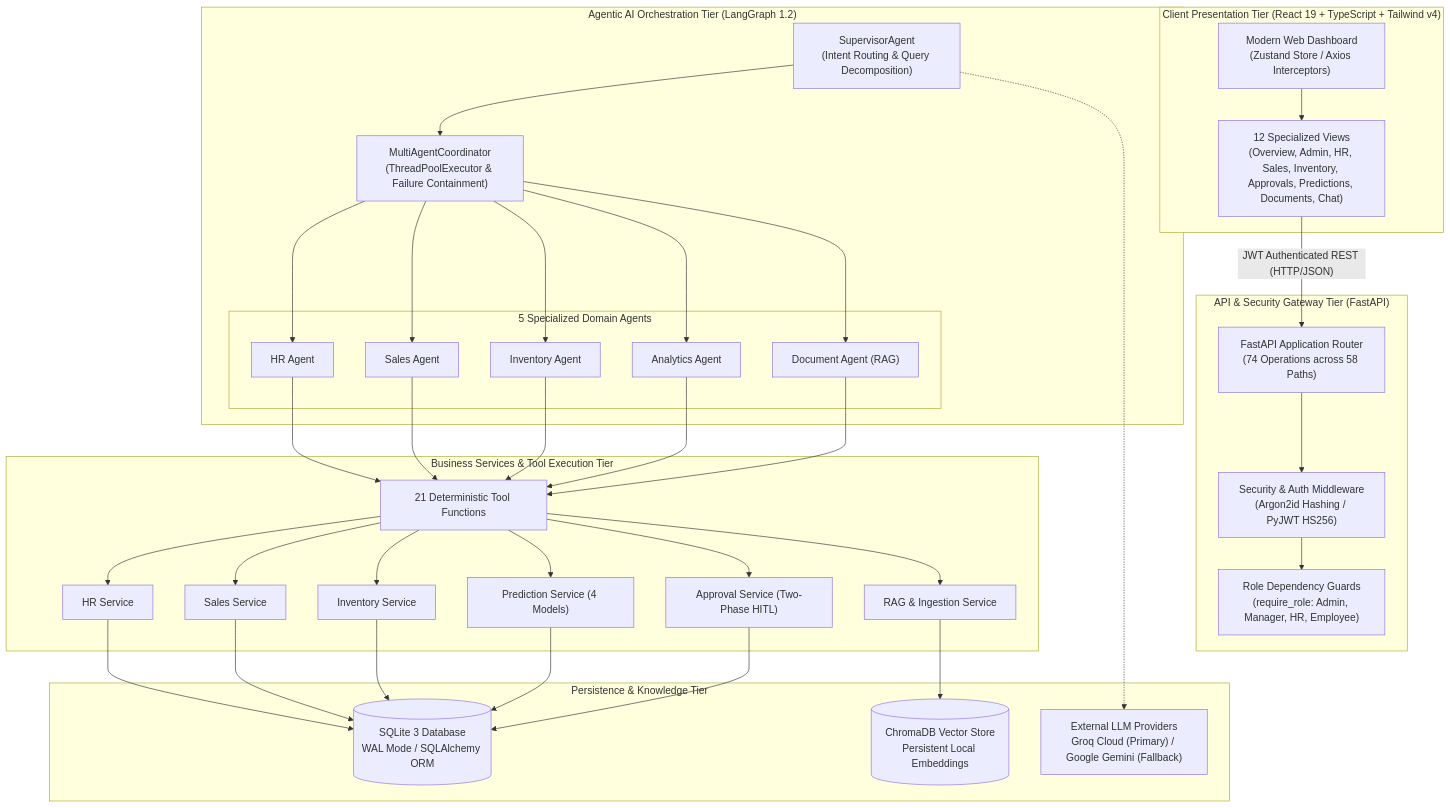
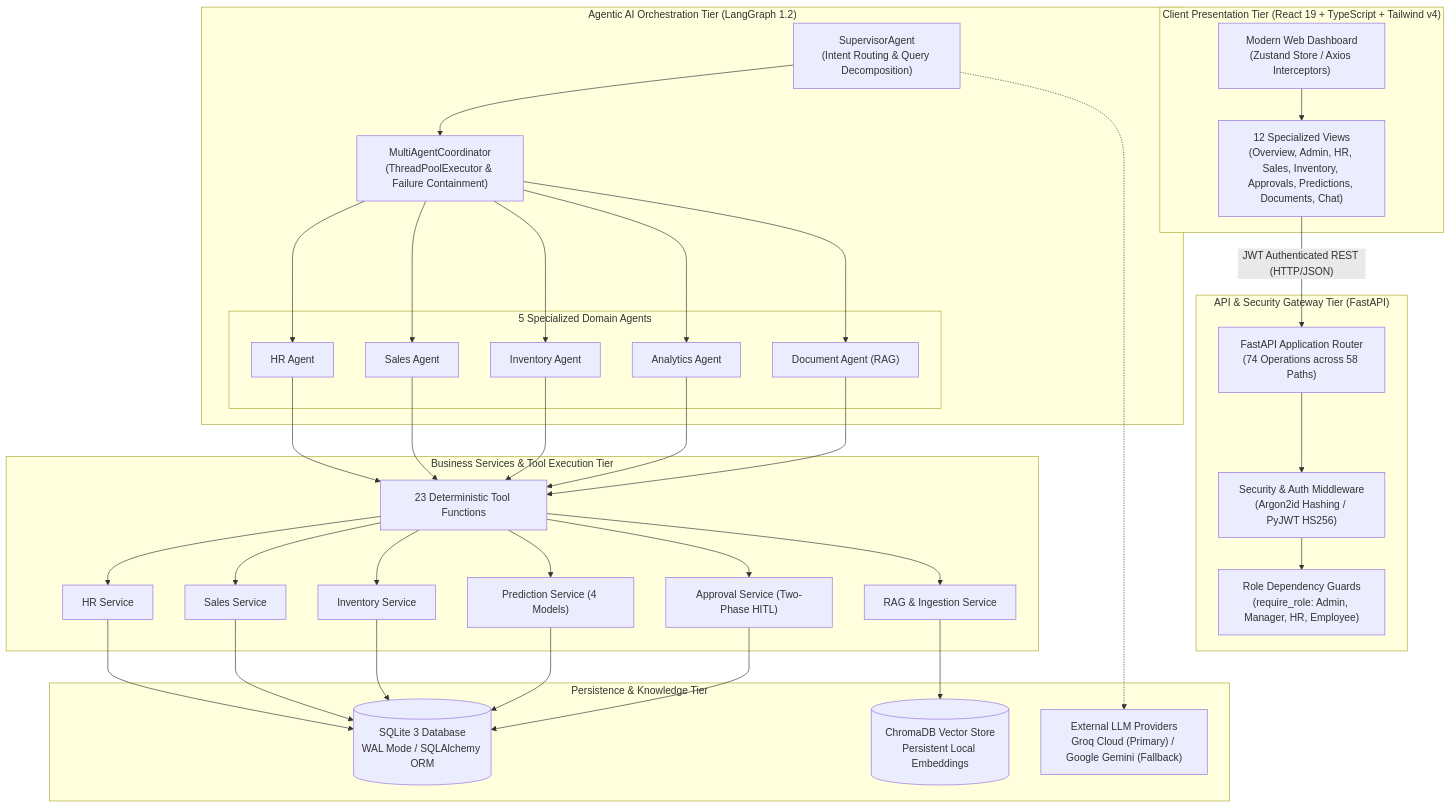
Before and after one commit to Devashree-b-s/agentic-ai-enterprise-automation: the first of 2 diagrams in README.md, drawn with Mermaid. The commit also changed other lines of this file and 41 other files, not shown here.

````diff
--- a/README.md
+++ b/README.md
@@ -103,56 +103,56 @@
 ```mermaid
 flowchart TD
     subgraph ClientTier["Client Presentation Tier (React 19 + TypeScript + Tailwind v4)"]
         UI["Modern Web Dashboard\n(Zustand Store / Axios Interceptors)"]
         Pages["12 Specialized Views\n(Overview, Admin, HR, Sales, Inventory, Approvals, Predictions, Documents, Chat)"]
         UI --> Pages
     end
 
     subgraph APISecurityTier["API & Security Gateway Tier (FastAPI)"]
         Router["FastAPI Application Router\n(74 Operations across 58 Paths)"]
         AuthMiddleware["Security & Auth Middleware\n(Argon2id Hashing / PyJWT HS256)"]
         RBACGuard["Role Dependency Guards\n(require_role: Admin, Manager, HR, Employee)"]
         Router --> AuthMiddleware --> RBACGuard
     end
 
     subgraph AgenticTier["Agentic AI Orchestration Tier (LangGraph 1.2)"]
         Supervisor["SupervisorAgent\n(Intent Routing & Query Decomposition)"]
         Coordinator["MultiAgentCoordinator\n(ThreadPoolExecutor & Failure Containment)"]
 
         subgraph SpecializedAgents["5 Specialized Domain Agents"]
             A_HR["HR Agent"]
             A_Sales["Sales Agent"]
             A_Inv["Inventory Agent"]
             A_Analytics["Analytics Agent"]
             A_Doc["Document Agent (RAG)"]
         end
 
         Supervisor --> Coordinator
         Coordinator --> A_HR & A_Sales & A_Inv & A_Analytics & A_Doc
     end
 
     subgraph BusinessServiceTier["Business Services & Tool Execution Tier"]
-        Tools["21 Deterministic Tool Functions"]
+        Tools["23 Deterministic Tool Functions"]
         S_HR["HR Service"]
         S_Sales["Sales Service"]
         S_Inv["Inventory Service"]
         S_Pred["Prediction Service (4 Models)"]
         S_Appr["Approval Service (Two-Phase HITL)"]
         S_RAG["RAG & Ingestion Service"]
 
         A_HR & A_Sales & A_Inv & A_Analytics & A_Doc --> Tools
         Tools --> S_HR & S_Sales & S_Inv & S_Pred & S_Appr & S_RAG
     end
 
     subgraph PersistenceTier["Persistence & Knowledge Tier"]
         DB[(SQLite 3 Database\nWAL Mode / SQLAlchemy ORM)]
         VectorDB[(ChromaDB Vector Store\nPersistent Local Embeddings)]
         LLM["External LLM Providers\nGroq Cloud (Primary) / Google Gemini (Fallback)"]
 
         S_HR & S_Sales & S_Inv & S_Pred & S_Appr --> DB
         S_RAG --> VectorDB
         Supervisor -.-> LLM
     end
 
     Pages -->|"JWT Authenticated REST (HTTP/JSON)"| Router
 ```
````
